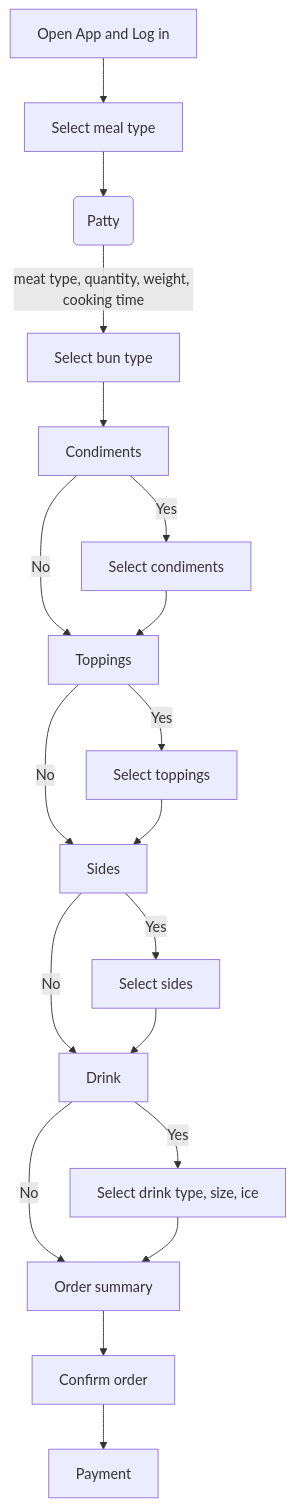
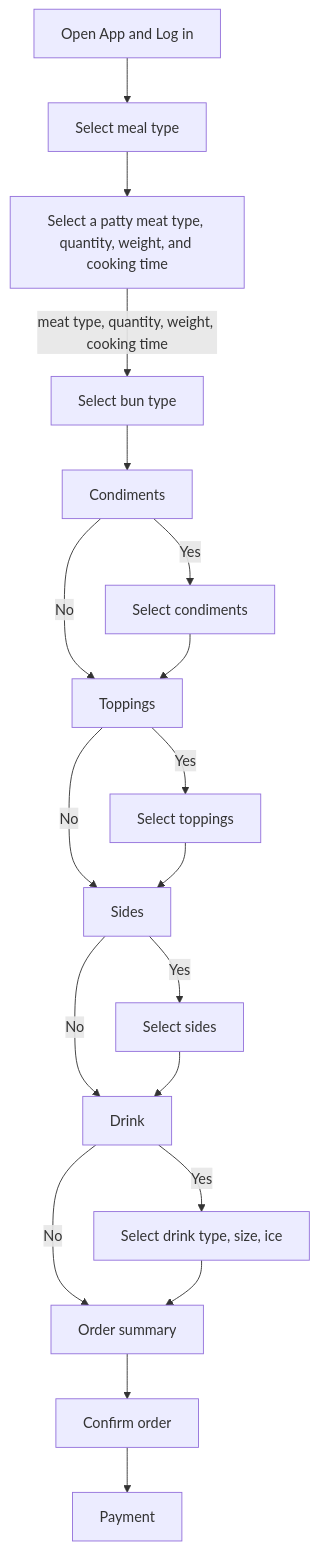
Before and after one commit to miriam1986/student-showcase: the diagram in student-work/miriam-rosenberg/api-final-project/readme.md, drawn with Mermaid.

````diff
--- a/student-work/miriam-rosenberg/api-final-project/readme.md
+++ b/student-work/miriam-rosenberg/api-final-project/readme.md
@@ -13,23 +13,23 @@
 ```mermaid
 
 flowchart TD
  A[Open App and Log in] --> B[Select meal type]
-   B --> C(Patty)
+   B --> C[Select a patty meat type, quantity, weight, and cooking time]
    C -->|meat type, quantity, weight, cooking time| D[Select bun type]
    D --> E[Condiments]
    E -->|No| G[Select toppings]
    E -->|Yes| F[Select condiments]
    F --> G[Toppings]
    G -->|No| I[Sides]
    G -->|Yes| H[Select toppings]
    H --> I[Sides]
    I -->|Yes| J[Select sides]
    I -->|No| K[Drink]
   J --> K[Drink]
   K -->|Yes| L[Select drink type, size, ice]
   K -->|No| M[Order summary]
   L --> M[Order summary]
   M --> N[Confirm order]
   N --> O[Payment]
    
 ```
````
